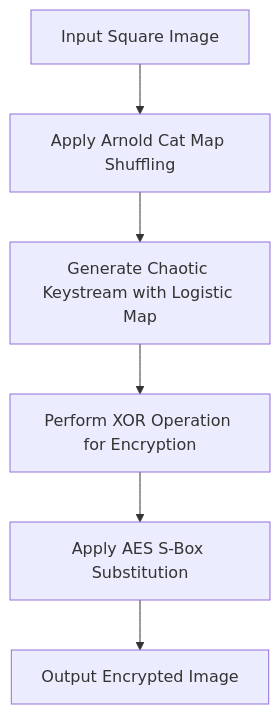
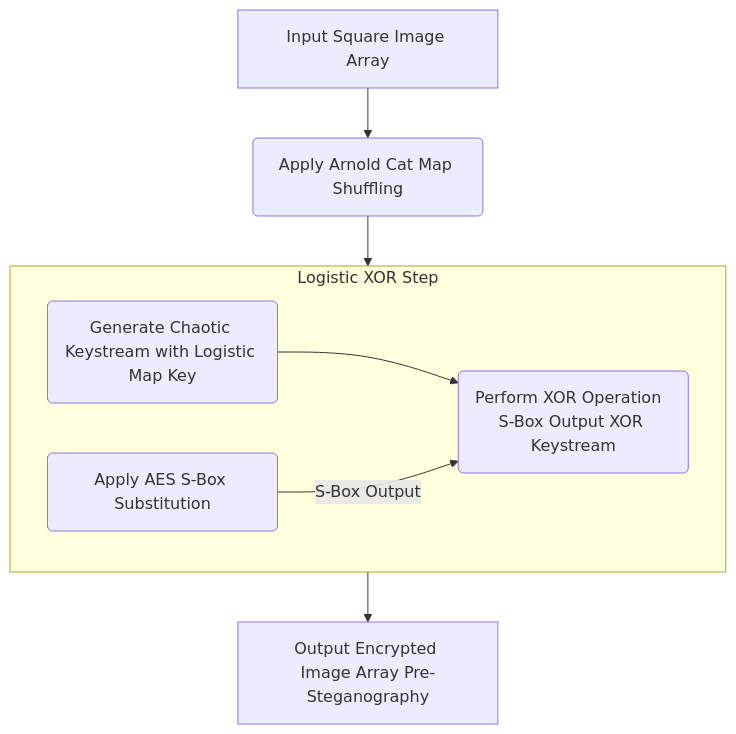
The second of 3 diagrams in README.md (mintnchocochip/Image-Compression-and-Encryption-Pipeline), drawn with Mermaid before and after one commit. The commit also changed other lines of this file, not shown here.

````diff
--- a/README.md
+++ b/README.md
@@ -186,14 +315,12 @@
 ```mermaid
-flowchart TD   
-P[Input Square Image]  
-Q[Apply Arnold Cat Map Shuffling]  
-R[Generate Chaotic Keystream with Logistic Map]   
-S[Perform XOR Operation for Encryption]   
-T[Apply AES S-Box Substitution]   
-U[Output Encrypted Image]      
-P --> Q   
-Q --> R  
-R --> S  
-S --> T
-T --> U
+flowchart TD  
+P[Input Square Image Array] --> Q(Apply Arnold Cat Map Shuffling);  
+Q --> T(Apply AES S-Box Substitution);  
+subgraph Logistic XOR Step  
+direction LR  
+R(Generate Chaotic Keystream with Logistic Map Key) --> S;  
+T -- S-Box Output --> S(Perform XOR Operation  
+S-Box Output XOR Keystream);  
+end  
+S --> U[Output Encrypted Image Array Pre-Steganography];
 ```
````
